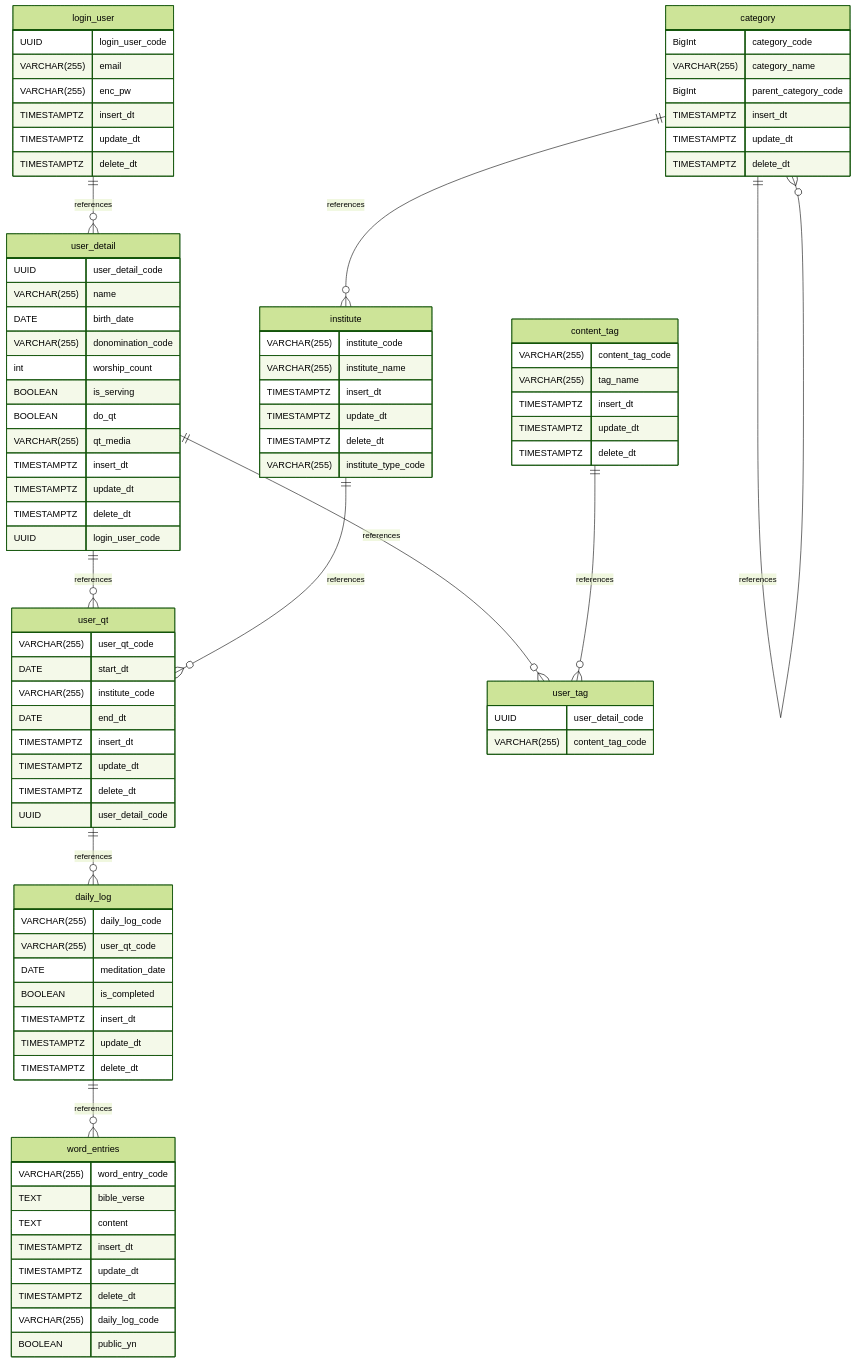
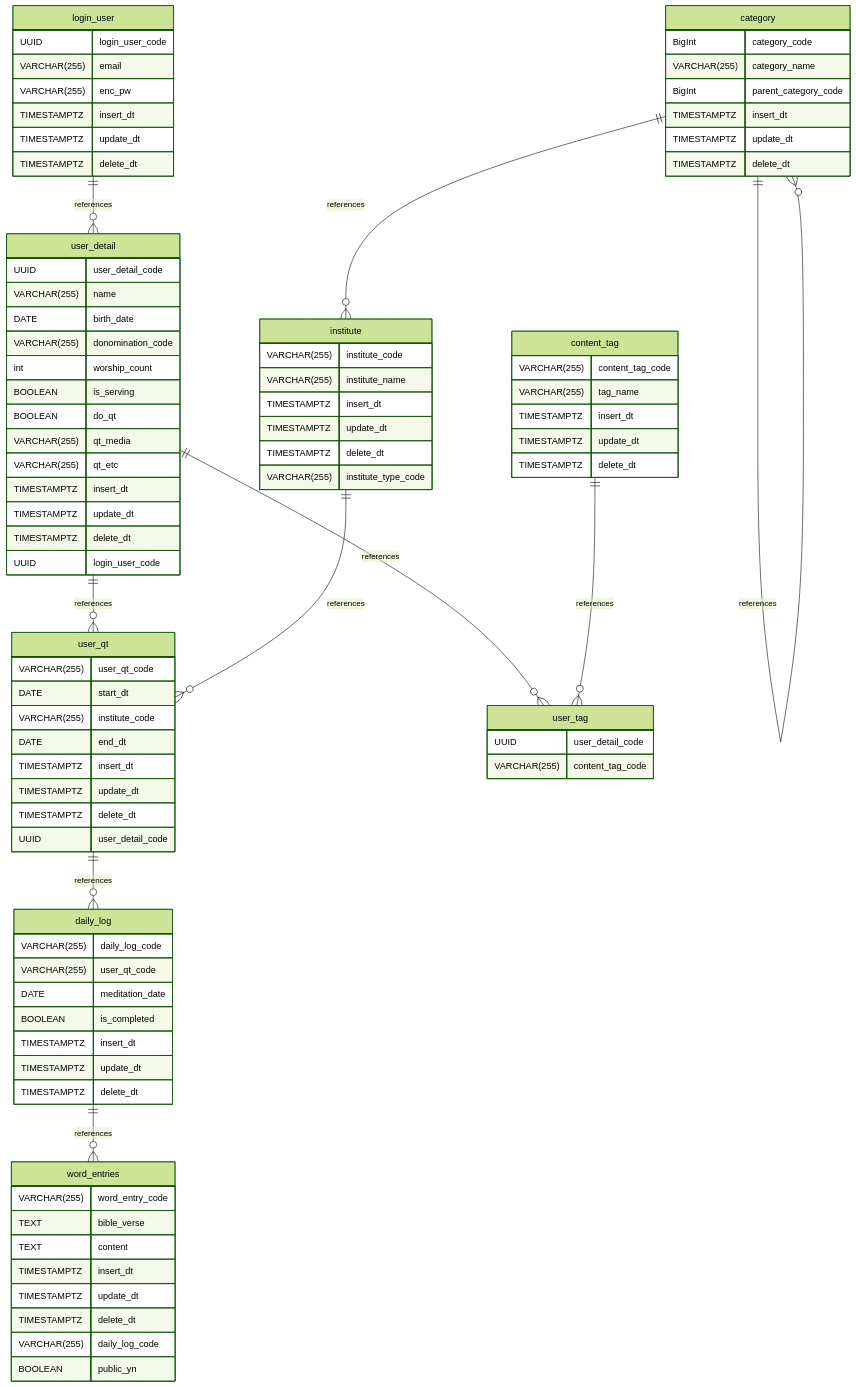
The diagram in README.md (LinaShinDev/daily-word-log), drawn with Mermaid (forest theme) before and after one commit.

```diff
--- a/README.md
+++ b/README.md
@@ -56,6 +56,7 @@
 		BOOLEAN is_serving
 		BOOLEAN do_qt
 		VARCHAR(255) qt_media
+		VARCHAR(255) qt_etc
 		TIMESTAMPTZ insert_dt
 		TIMESTAMPTZ update_dt
 		TIMESTAMPTZ delete_dt
```
